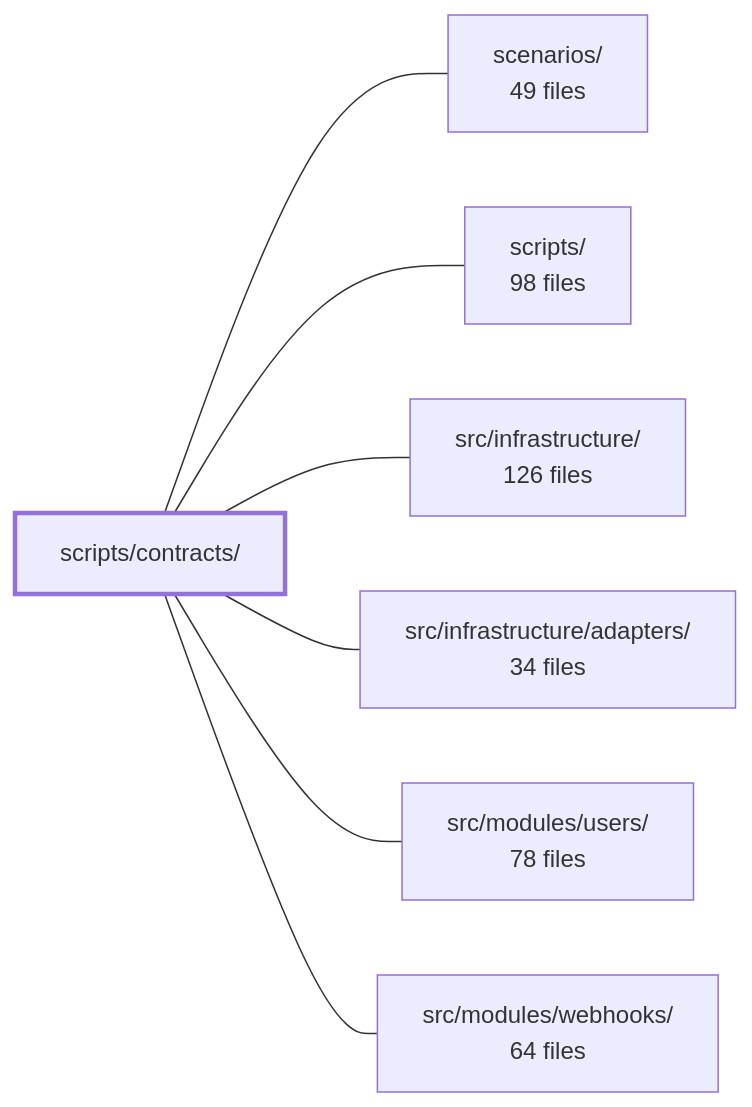
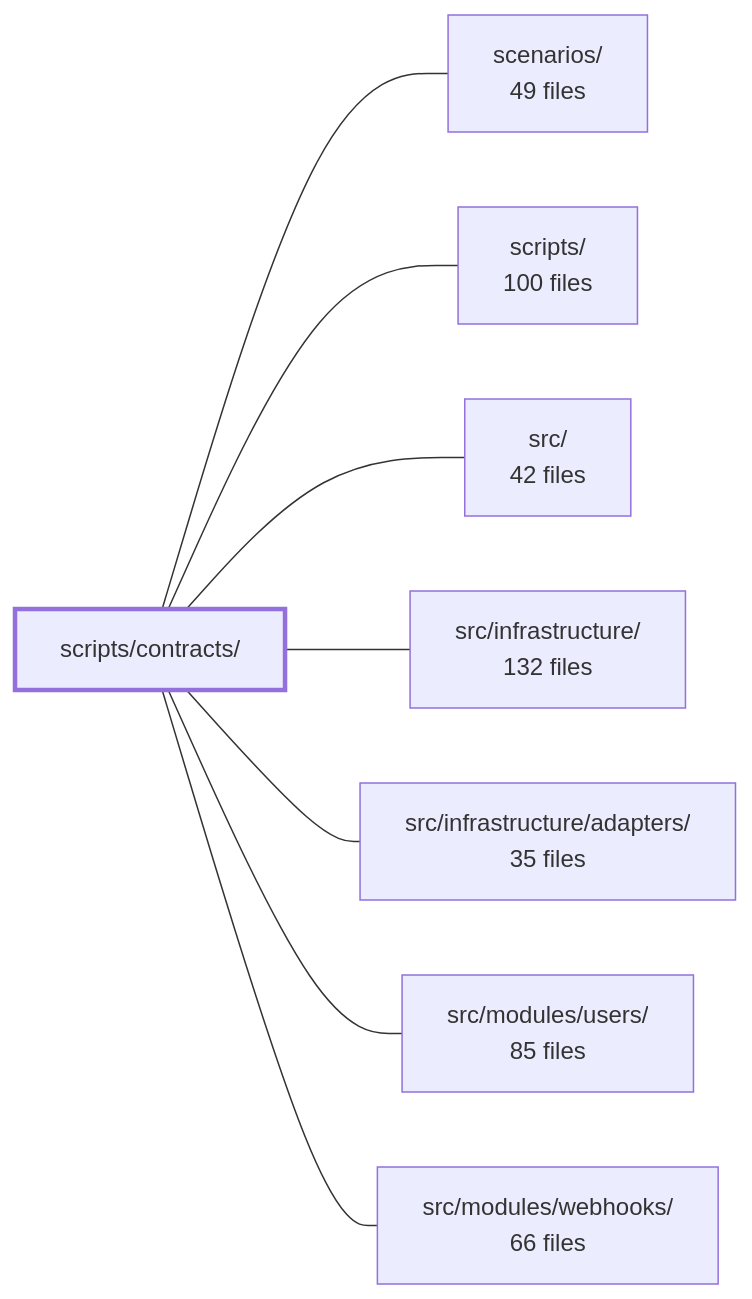
One commit to Guebbit/boilerplate-node-backend changed the diagram in .2brain/modules/boilerplate-node-backend_scripts_contracts.md. Above: the diagram before and after it, drawn with Mermaid. The commit also changed other lines of this file and 1102 other files, not shown here.

````diff
--- a/.2brain/modules/boilerplate-node-backend_scripts_contracts.md
+++ b/.2brain/modules/boilerplate-node-backend_scripts_contracts.md
@@ -41,17 +42,19 @@
 ```mermaid
 flowchart LR
     m_scripts_contracts["scripts/contracts/"]
     m_scenarios["scenarios/<br/>49 files"]
-    m_scripts["scripts/<br/>98 files"]
-    m_src_infrastructure["src/infrastructure/<br/>126 files"]
-    m_src_infrastructure_adapters["src/infrastructure/adapters/<br/>34 files"]
-    m_src_modules_users["src/modules/users/<br/>78 files"]
-    m_src_modules_webhooks["src/modules/webhooks/<br/>64 files"]
+    m_scripts["scripts/<br/>100 files"]
+    m_src["src/<br/>42 files"]
+    m_src_infrastructure["src/infrastructure/<br/>132 files"]
+    m_src_infrastructure_adapters["src/infrastructure/adapters/<br/>35 files"]
+    m_src_modules_users["src/modules/users/<br/>85 files"]
+    m_src_modules_webhooks["src/modules/webhooks/<br/>66 files"]
     m_scripts_contracts --- m_scenarios
     m_scripts_contracts --- m_scripts
+    m_scripts_contracts --- m_src
     m_scripts_contracts --- m_src_infrastructure
     m_scripts_contracts --- m_src_infrastructure_adapters
     m_scripts_contracts --- m_src_modules_users
     m_scripts_contracts --- m_src_modules_webhooks
     style m_scripts_contracts stroke-width:3px
 ```
````
